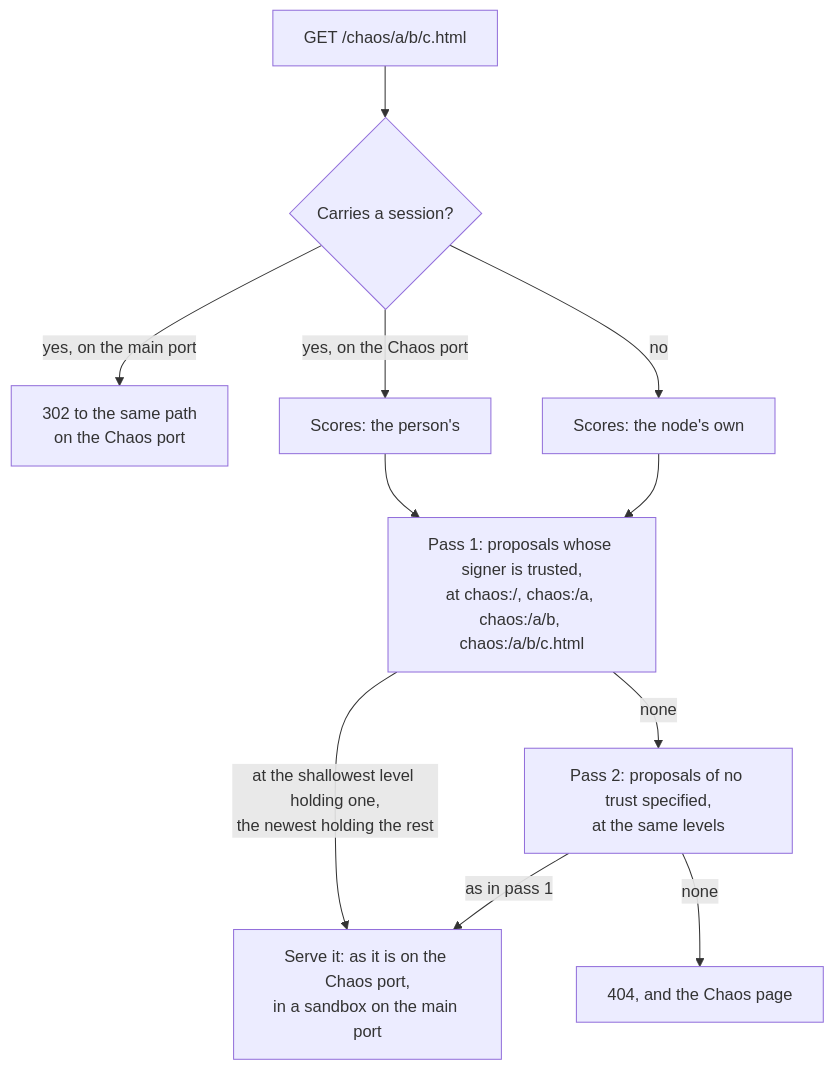
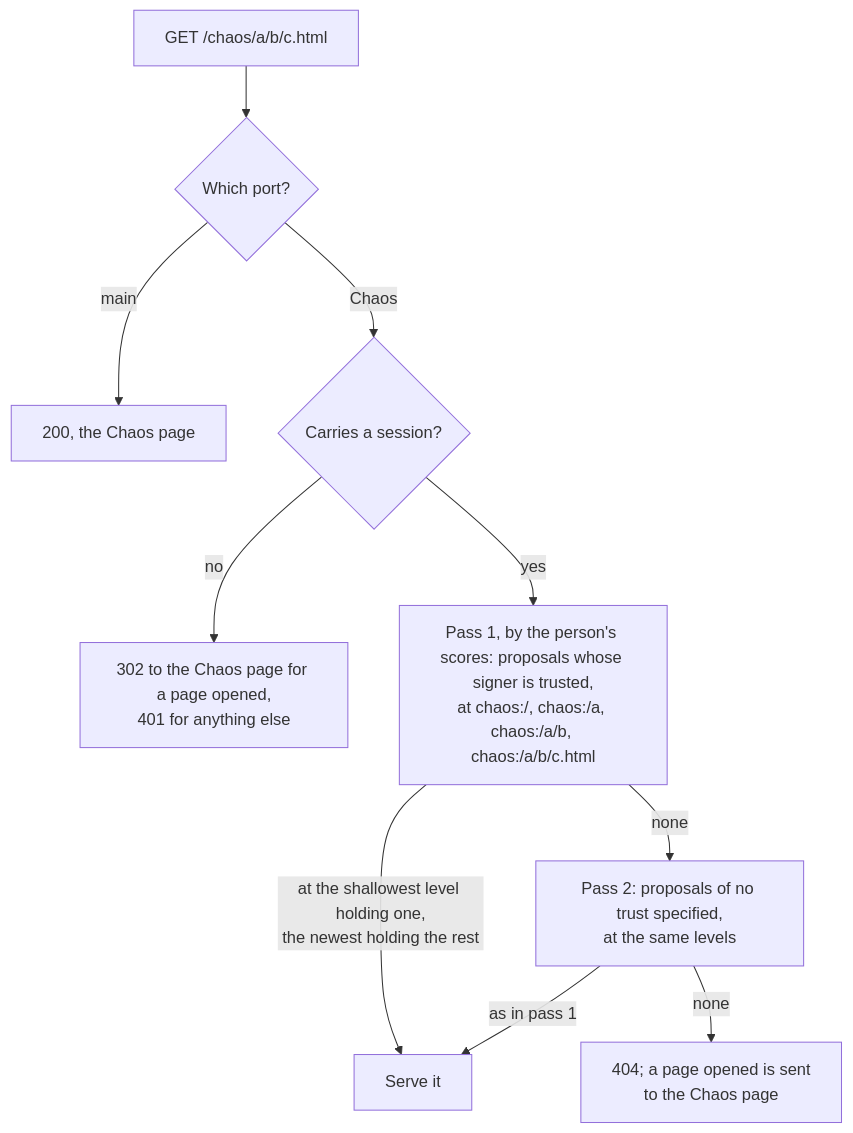
Before and after one commit to marcpage/libranet: the diagram in docs/implementation/Phase 7.md, drawn with Mermaid. The commit also changed other lines of this file and 31 other files, not shown here.

````diff
--- a/docs/implementation/Phase 7.md
+++ b/docs/implementation/Phase 7.md
@@ -107,13 +109,12 @@
 ```mermaid
 flowchart TD
-    req["GET /chaos/a/b/c.html"] --> session{"Carries a session?"}
-    session -->|"yes, on the main port"| moved["302 to the same path<br/>on the Chaos port"]
-    session -->|"yes, on the Chaos port"| person["Scores: the person's"]
-    session -->|no| node["Scores: the node's own"]
-    person --> trusted["Pass 1: proposals whose signer is trusted,<br/>at chaos:/, chaos:/a, chaos:/a/b, chaos:/a/b/c.html"]
-    node --> trusted
-    trusted -->|"at the shallowest level holding one,<br/>the newest holding the rest"| serve["Serve it: as it is on the Chaos port,<br/>in a sandbox on the main port"]
+    req["GET /chaos/a/b/c.html"] --> port{"Which port?"}
+    port -->|main| page["200, the Chaos page"]
+    port -->|Chaos| session{"Carries a session?"}
+    session -->|no| signin["302 to the Chaos page for a page opened,<br/>401 for anything else"]
+    session -->|yes| trusted["Pass 1, by the person's scores: proposals whose signer is trusted,<br/>at chaos:/, chaos:/a, chaos:/a/b, chaos:/a/b/c.html"]
+    trusted -->|"at the shallowest level holding one,<br/>the newest holding the rest"| serve["Serve it"]
     trusted -->|none| unknown["Pass 2: proposals of no trust specified,<br/>at the same levels"]
     unknown -->|"as in pass 1"| serve
-    unknown -->|none| missing["404, and the Chaos page"]
+    unknown -->|none| missing["404; a page opened is sent<br/>to the Chaos page"]
 ```
````
